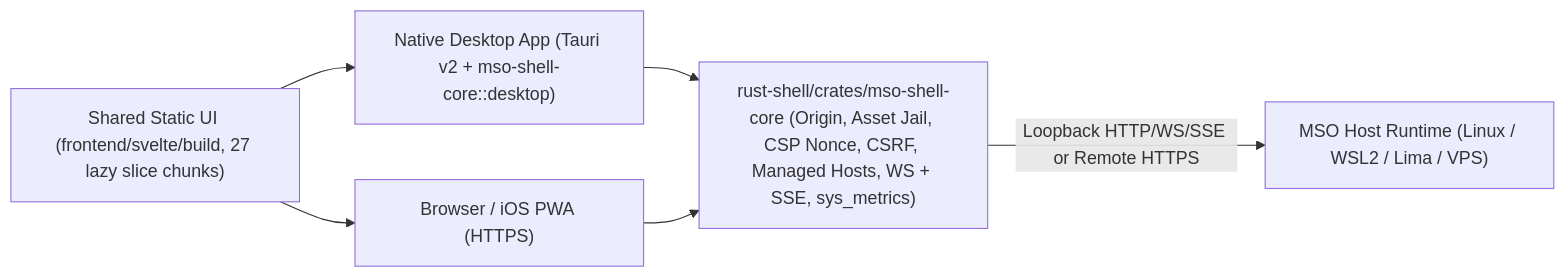
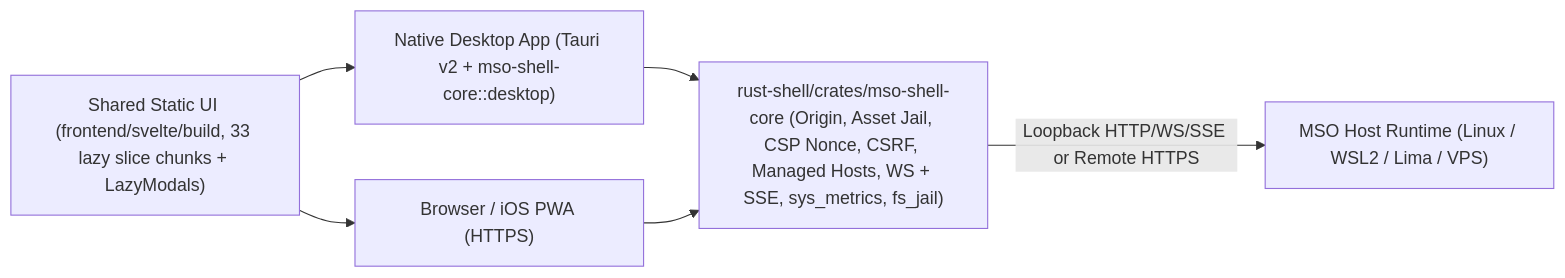
Before and after one commit to rahmanef63/mso: the diagram in docs/RUST-SHELL-PLAN.md, drawn with Mermaid. The commit also changed other lines of this file and 26 other files, not shown here.

Commit message:
feat(hybrid): complete 33/33 Svelte slices + LazyModals and Rust Stage R3F + R4 fs_jail

````diff
--- a/docs/RUST-SHELL-PLAN.md
+++ b/docs/RUST-SHELL-PLAN.md
@@ -60,14 +63,14 @@
 ```mermaid
 flowchart LR
-  UI["Shared Static UI (frontend/svelte/build, 27 lazy slice chunks)"]
+  UI["Shared Static UI (frontend/svelte/build, 33 lazy slice chunks + LazyModals)"]
   Web["Browser / iOS PWA (HTTPS)"]
   Desktop["Native Desktop App (Tauri v2 + mso-shell-core::desktop)"]
-  Core["rust-shell/crates/mso-shell-core (Origin, Asset Jail, CSP Nonce, CSRF, Managed Hosts, WS + SSE, sys_metrics)"]
+  Core["rust-shell/crates/mso-shell-core (Origin, Asset Jail, CSP Nonce, CSRF, Managed Hosts, WS + SSE, sys_metrics, fs_jail)"]
   Host["MSO Host Runtime (Linux / WSL2 / Lima / VPS)"]
 
   UI --> Web
   UI --> Desktop
   Desktop --> Core
   Web --> Core
   Core -->|"Loopback HTTP/WS/SSE or Remote HTTPS"| Host
 ```
````
